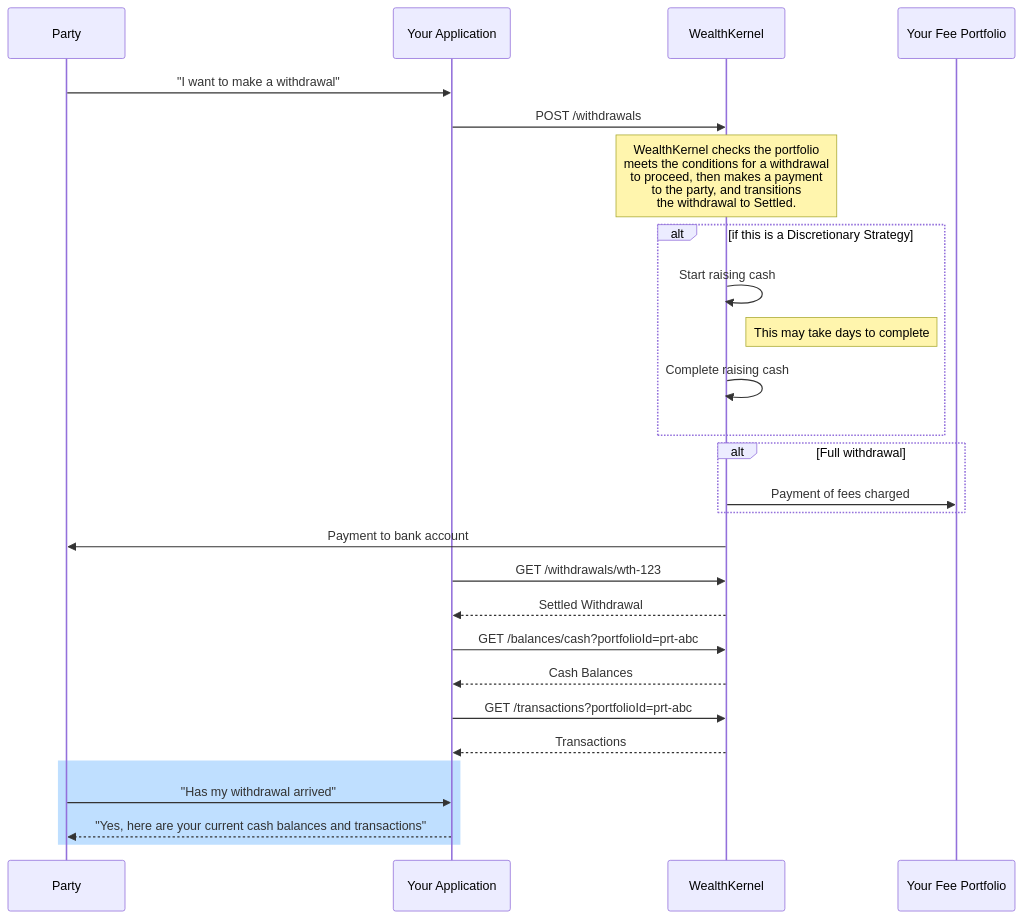
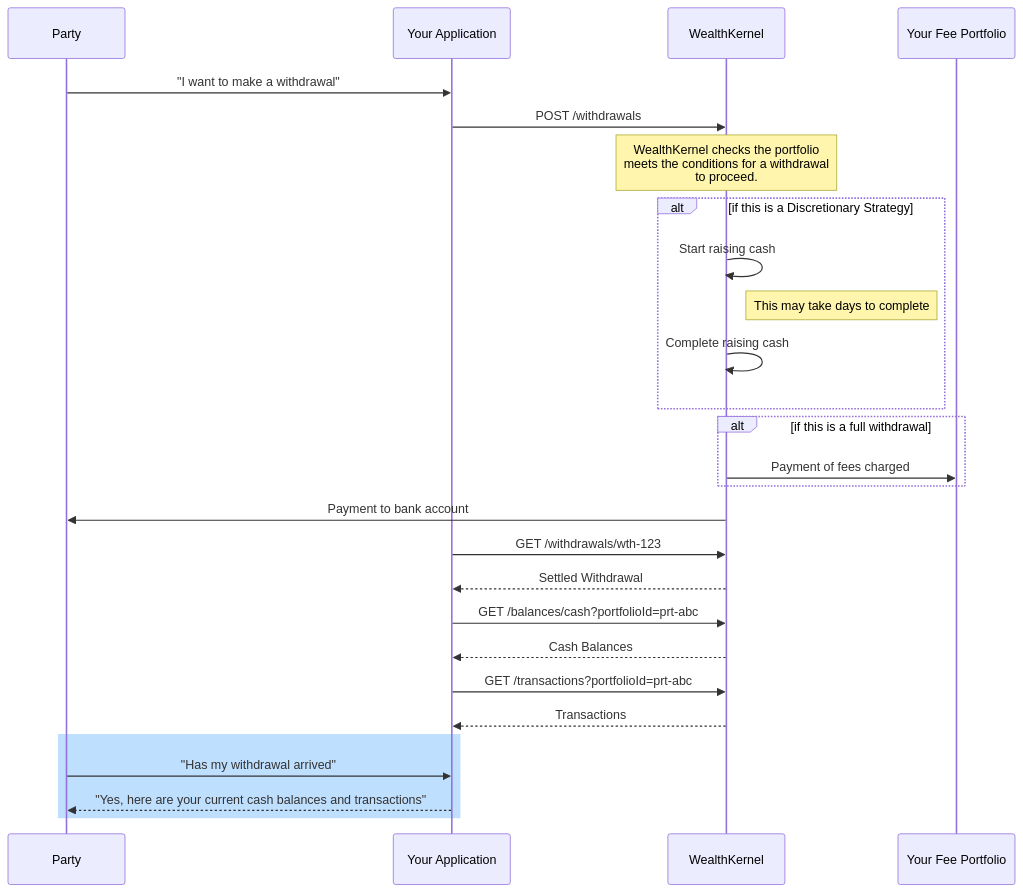
The diagram in docs/withdrawals/Basics.md (wealthkernel/api-documentation-guides), drawn with Mermaid before and after one commit. The commit also changed other lines of this file, not shown here.

Commit message:
tweak diagram + formatting

````diff
--- a/docs/withdrawals/Basics.md
+++ b/docs/withdrawals/Basics.md
@@ -19,34 +19,34 @@
 ```mermaid
 sequenceDiagram
 
 Party ->> Your Application: "I want to make a withdrawal"
 
 Your Application ->> WealthKernel: POST /withdrawals
-Note over WealthKernel: WealthKernel checks the portfolio <br> meets the conditions for a withdrawal<br>to proceed, then makes a payment<br> to the party, and transitions<br> the withdrawal to Settled.
+Note over WealthKernel: WealthKernel checks the portfolio <br> meets the conditions for a withdrawal<br>to proceed.
 
 alt if this is a Discretionary Strategy
 WealthKernel ->> WealthKernel: Start raising cash
 Note right of WealthKernel: This may take days to complete
 WealthKernel ->> WealthKernel: Complete raising cash
 end
 
-alt Full withdrawal
+alt if this is a full withdrawal
 WealthKernel ->> Your Fee Portfolio: Payment of fees charged
 end
 
 WealthKernel ->> Party: Payment to bank account
 
 Your Application ->> WealthKernel: GET /withdrawals/wth-123
 WealthKernel -->> Your Application: Settled Withdrawal
 
 Your Application ->> WealthKernel: GET /balances/cash?portfolioId=prt-abc
 WealthKernel -->> Your Application: Cash Balances
 
 Your Application ->> WealthKernel: GET /transactions?portfolioId=prt-abc
 WealthKernel -->> Your Application: Transactions
 
 rect rgb(191, 223, 255)
 Party ->> Your Application: "Has my withdrawal arrived"
 Your Application -->> Party: "Yes, here are your current cash balances and transactions"
 end
 ```
````
